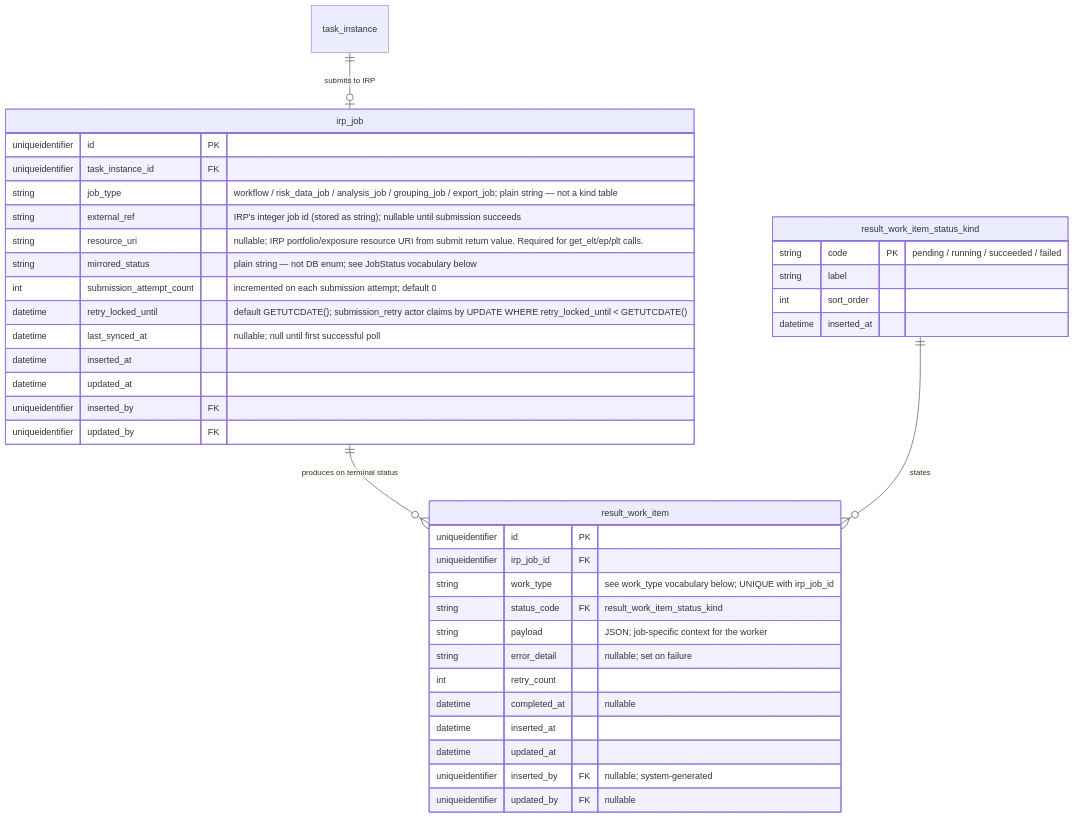
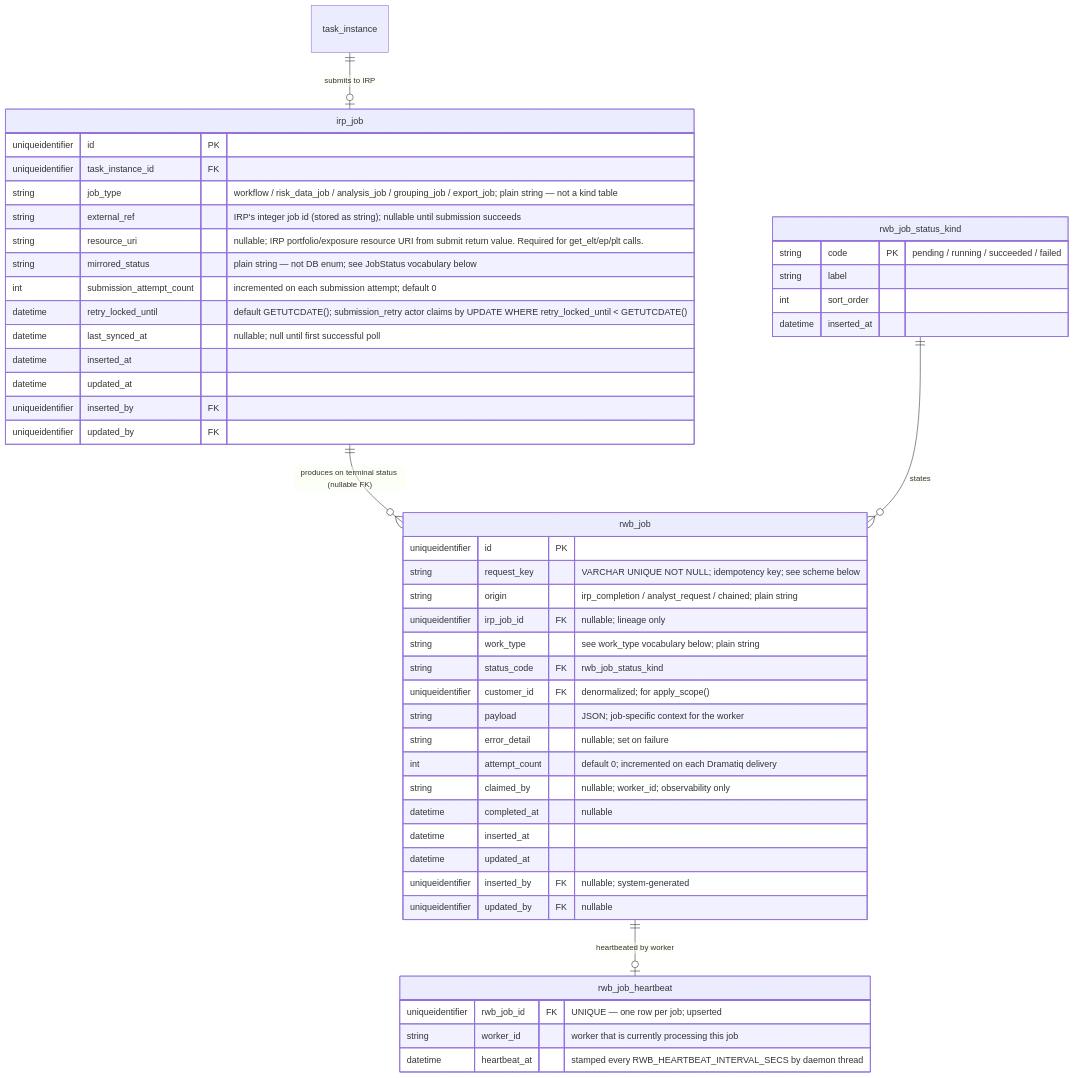
The eighth of 11 diagrams in docs/DATA_MODEL.md (anilvenugopal/risk-workbench), drawn with Mermaid before and after one commit. The commit also changed other lines of this file and 8 other files, not shown here.

````diff
--- a/docs/DATA_MODEL.md
+++ b/docs/DATA_MODEL.md
@@ -675,42 +675,52 @@
 ```mermaid
 erDiagram
   task_instance ||--o| irp_job : "submits to IRP"
-  irp_job ||--o{ result_work_item : "produces on terminal status"
-  result_work_item_status_kind ||--o{ result_work_item : states
+  irp_job ||--o{ rwb_job : "produces on terminal status (nullable FK)"
+  rwb_job_status_kind ||--o{ rwb_job : states
+  rwb_job ||--o| rwb_job_heartbeat : "heartbeated by worker"
 
   irp_job {
     uniqueidentifier id PK
     uniqueidentifier task_instance_id FK
     string job_type "workflow / risk_data_job / analysis_job / grouping_job / export_job; plain string — not a kind table"
     string external_ref "IRP's integer job id (stored as string); nullable until submission succeeds"
     string resource_uri "nullable; IRP portfolio/exposure resource URI from submit return value. Required for get_elt/ep/plt calls."
     string mirrored_status "plain string — not DB enum; see JobStatus vocabulary below"
     int submission_attempt_count "incremented on each submission attempt; default 0"
     datetime retry_locked_until "default GETUTCDATE(); submission_retry actor claims by UPDATE WHERE retry_locked_until < GETUTCDATE()"
     datetime last_synced_at "nullable; null until first successful poll"
     datetime inserted_at
     datetime updated_at
     uniqueidentifier inserted_by FK
     uniqueidentifier updated_by FK
   }
-  result_work_item {
+  rwb_job {
     uniqueidentifier id PK
-    uniqueidentifier irp_job_id FK
-    string work_type "see work_type vocabulary below; UNIQUE with irp_job_id"
-    string status_code FK "result_work_item_status_kind"
+    string request_key "VARCHAR UNIQUE NOT NULL; idempotency key; see scheme below"
+    string origin "irp_completion / analyst_request / chained; plain string"
+    uniqueidentifier irp_job_id FK "nullable; lineage only"
+    string work_type "see work_type vocabulary below; plain string"
+    string status_code FK "rwb_job_status_kind"
+    uniqueidentifier customer_id FK "denormalized; for apply_scope()"
     string payload "JSON; job-specific context for the worker"
     string error_detail "nullable; set on failure"
-    int retry_count
+    int attempt_count "default 0; incremented on each Dramatiq delivery"
+    string claimed_by "nullable; worker_id; observability only"
     datetime completed_at "nullable"
     datetime inserted_at
     datetime updated_at
     uniqueidentifier inserted_by FK "nullable; system-generated"
     uniqueidentifier updated_by FK "nullable"
   }
-  result_work_item_status_kind {
+  rwb_job_heartbeat {
+    uniqueidentifier rwb_job_id FK "UNIQUE — one row per job; upserted"
+    string worker_id "worker that is currently processing this job"
+    datetime heartbeat_at "stamped every RWB_HEARTBEAT_INTERVAL_SECS by daemon thread"
+  }
+  rwb_job_status_kind {
     string code PK "pending / running / succeeded / failed"
     string label
     int sort_order
     datetime inserted_at
   }
 ```
````
